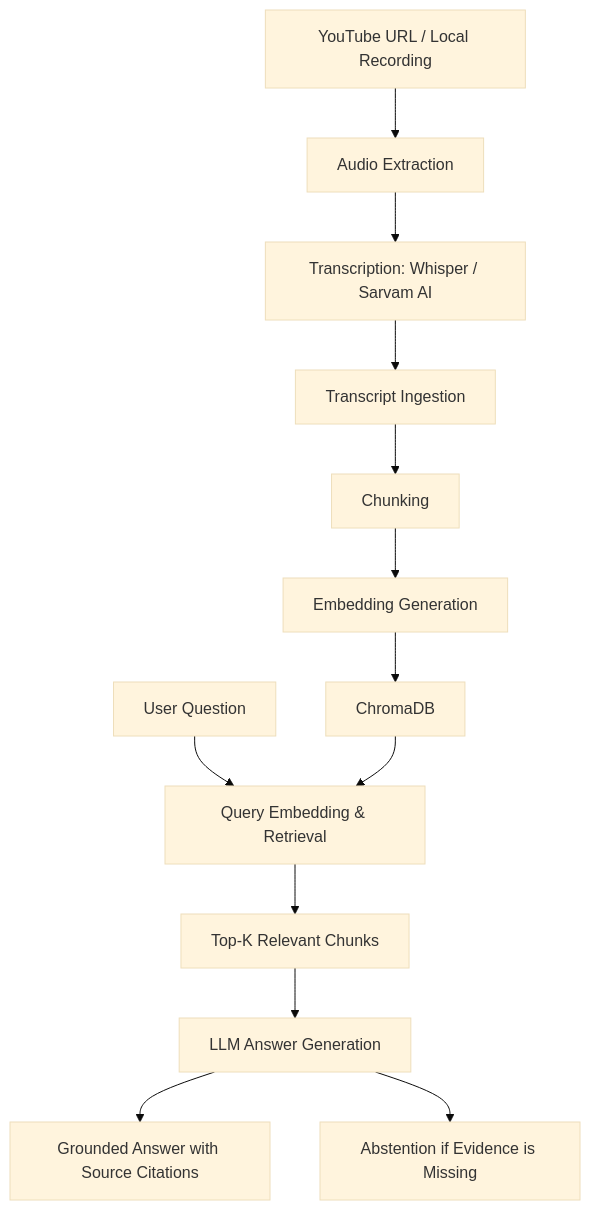
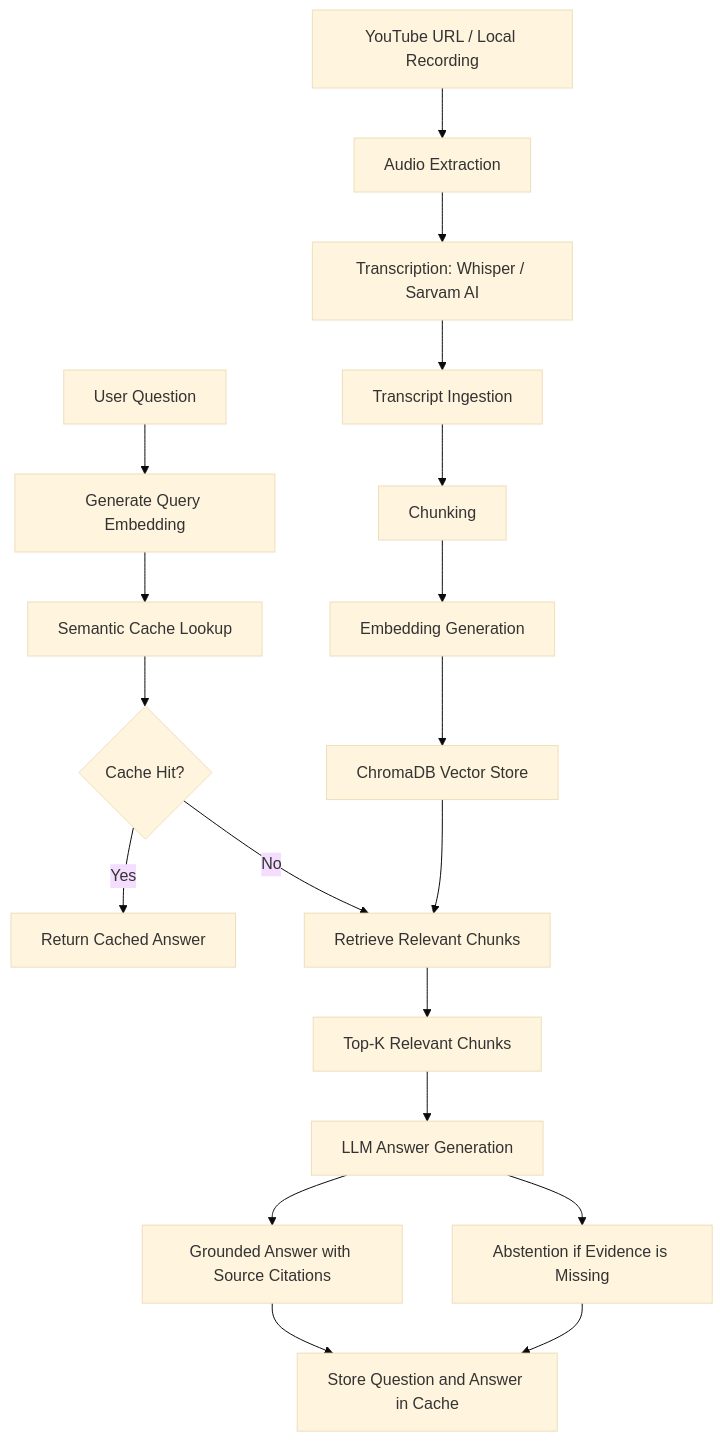
One commit to saniashinde28/VidQuery changed the diagram in Readme.md. Above: the diagram before and after it, drawn with Mermaid (base theme). The commit also changed other lines of this file, not shown here.

````diff
--- a/Readme.md
+++ b/Readme.md
@@ -17,15 +18,25 @@
 ```mermaid
 flowchart TD
     A["YouTube URL / Local Recording"] --> B["Audio Extraction"]
     B --> C["Transcription: Whisper / Sarvam AI"]
     C --> D["Transcript Ingestion"]
     D --> E["Chunking"]
     E --> F["Embedding Generation"]
-    F --> G["ChromaDB"]
-    H["User Question"] --> I["Query Embedding & Retrieval"]
-    G --> I
-    I --> J["Top-K Relevant Chunks"]
-    J --> K["LLM Answer Generation"]
-    K --> L["Grounded Answer with Source Citations"]
-    K --> M["Abstention if Evidence is Missing"]
+    F --> G["ChromaDB Vector Store"]
+
+    H["User Question"] --> I["Generate Query Embedding"]
+    I --> J["Semantic Cache Lookup"]
+
+    J --> K{"Cache Hit?"}
+    K -->|Yes| L["Return Cached Answer"]
+    K -->|No| M["Retrieve Relevant Chunks"]
+
+    G --> M
+    M --> N["Top-K Relevant Chunks"]
+    N --> O["LLM Answer Generation"]
+    O --> P["Grounded Answer with Source Citations"]
+    O --> Q["Abstention if Evidence is Missing"]
+
+    P --> R["Store Question and Answer in Cache"]
+    Q --> R
 ```
````
